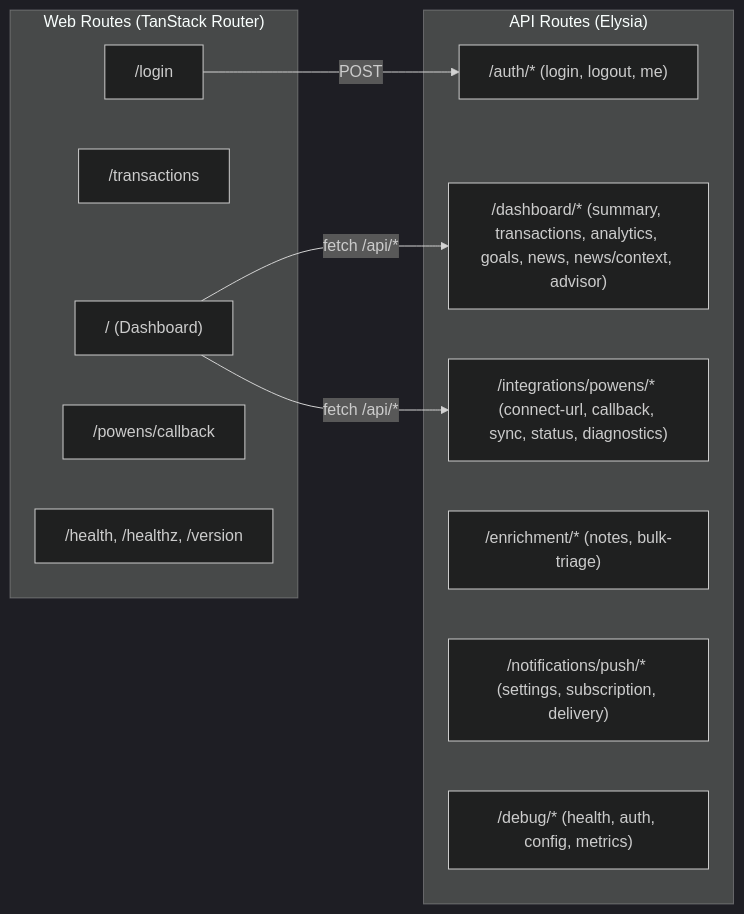
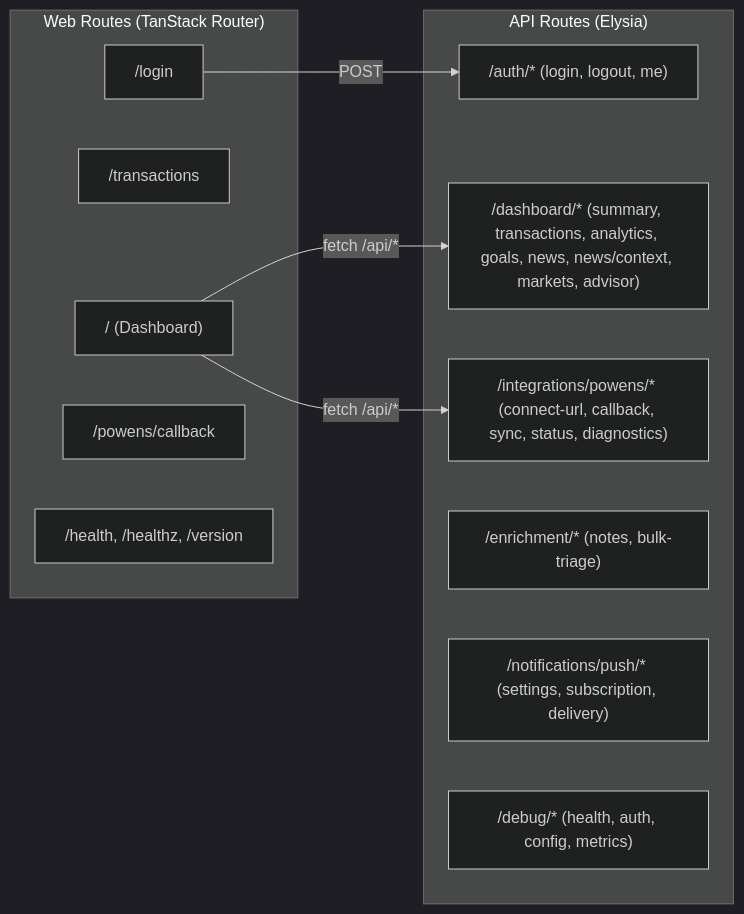
The fourth of 6 diagrams in docs/context/STACK.md (BigZoo92/finance-os), drawn with Mermaid (dark theme) before and after one commit. The commit also changed other lines of this file and 68 other files, not shown here.

````diff
--- a/docs/context/STACK.md
+++ b/docs/context/STACK.md
@@ -217,23 +222,23 @@
 ```mermaid
 graph LR
     subgraph "Web Routes (TanStack Router)"
         Root["/ (Dashboard)"]
         Trans["/transactions"]
         Login["/login"]
         Callback["/powens/callback"]
         Health["/health, /healthz, /version"]
     end
 
     subgraph "API Routes (Elysia)"
         Auth["/auth/* (login, logout, me)"]
-        Dash["/dashboard/* (summary, transactions, analytics, goals, news, news/context, advisor)"]
+        Dash["/dashboard/* (summary, transactions, analytics, goals, news, news/context, markets, advisor)"]
         Integ["/integrations/powens/* (connect-url, callback, sync, status, diagnostics)"]
         Enrich["/enrichment/* (notes, bulk-triage)"]
         Notif["/notifications/push/* (settings, subscription, delivery)"]
         Debug["/debug/* (health, auth, config, metrics)"]
     end
 
     Root -->|"fetch /api/*"| Dash
     Root -->|"fetch /api/*"| Integ
     Login -->|"POST"| Auth
 ```
````
